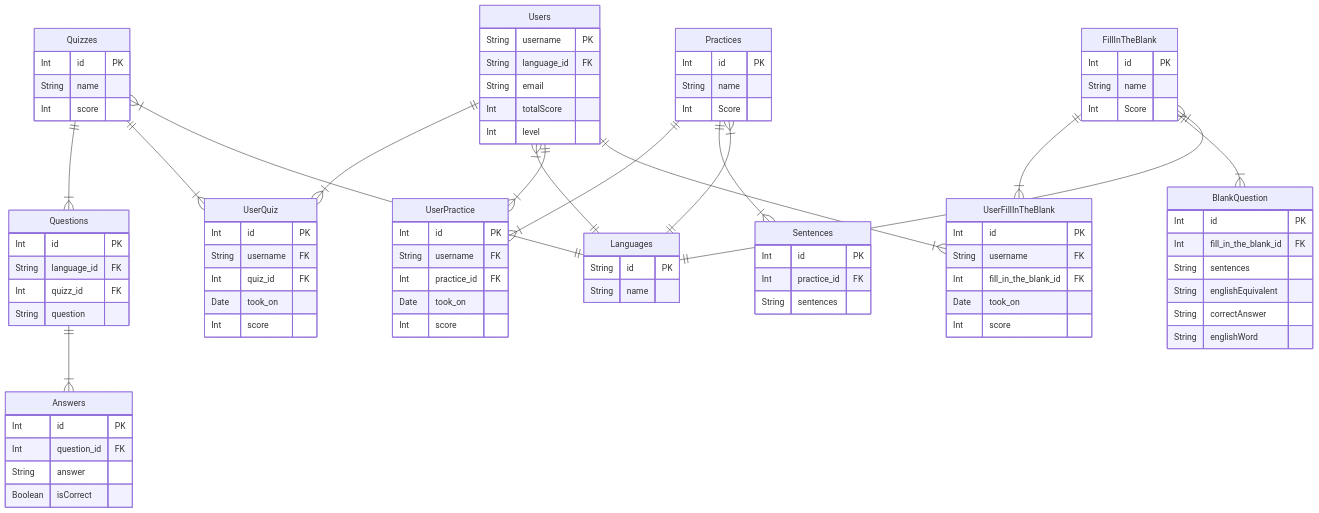
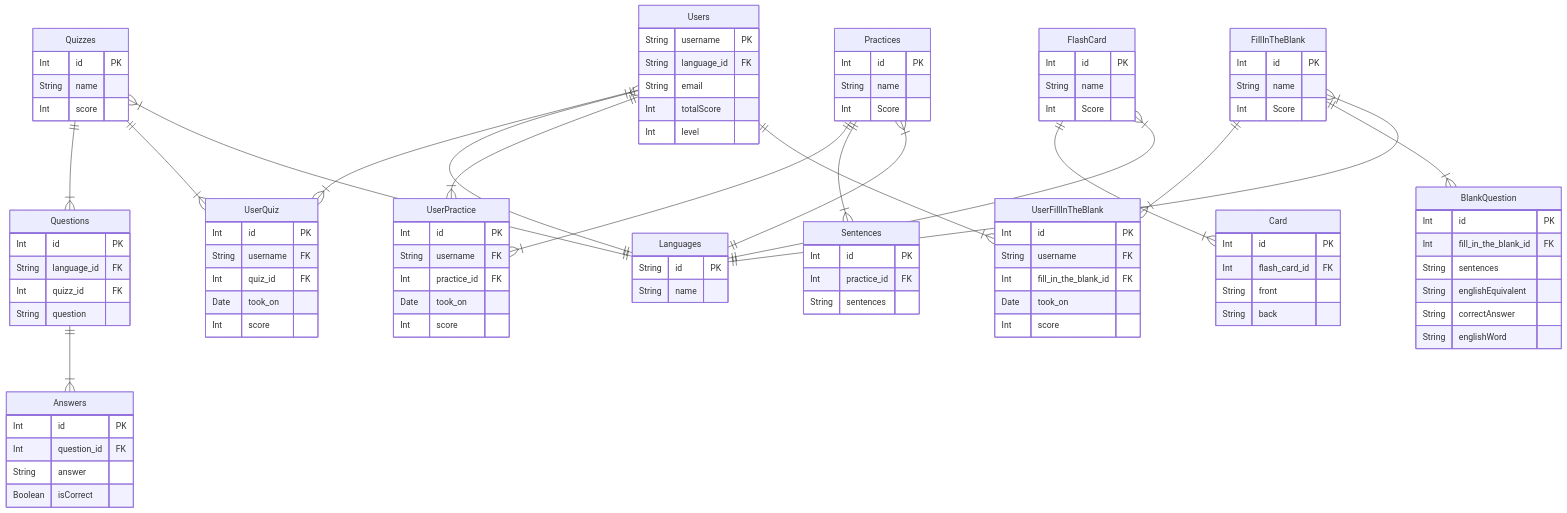
Before and after one commit to Capstone-Projects-2023-Fall/project-language-learning-discord-bot: the diagram in documentation/docs/system-architecture/database-diagrams.md, drawn with Mermaid.

````diff
--- a/documentation/docs/system-architecture/database-diagrams.md
+++ b/documentation/docs/system-architecture/database-diagrams.md
@@ -98,6 +98,21 @@
   String englishWord
 }
 
+FlashCard {
+  Int id PK
+  String name
+  Int Score
+}
+
+Card {
+  Int id PK
+  Int flash_card_id FK
+  String front
+  String back
+}
+
+
+
 Questions ||--|{ Answers : ""
 Quizzes ||--|{ Questions : ""
 Users ||--|{ UserQuiz : ""
@@ -117,5 +132,9 @@
 FillInTheBlank }|--|| Languages : ""
 
 
+FlashCard ||--|{ Card : ""
+FlashCard }|--|| Languages : ""
+
+
 
 ```
````
